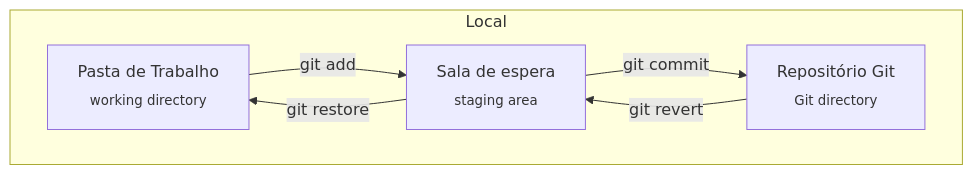
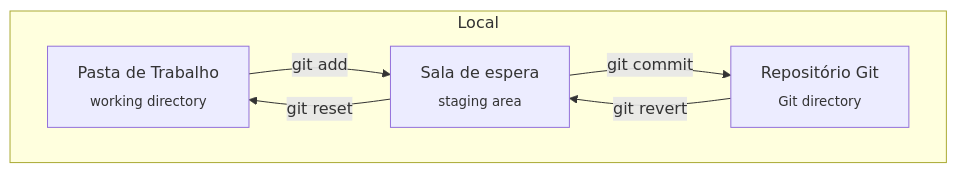
Before and after one commit to yxuo/learning: the diagram in git/courses/rbtech/lessons/lang/pt/lesson-2.pt.md, drawn with Mermaid. The commit also changed other lines of this file and 3 other files, not shown here.

````diff
--- a/git/courses/rbtech/lessons/lang/pt/lesson-2.pt.md
+++ b/git/courses/rbtech/lessons/lang/pt/lesson-2.pt.md
@@ -519,13 +523,13 @@
 ```mermaid
 flowchart
     subgraph Local [Local]
-        workdir["Pasta de Trabalho<br><sub>working directory<sub/>"]
-        stage["Sala de espera<br><sub>staging area<sub/>"]
-        Local_repo["Repositório Git<br><sub>Git directory<sub/>"]
+        workdir["Pasta de Trabalho<br><sub>working directory</sub>"]
+        stage["Sala de espera<br><sub>staging area</sub>"]
+        Local_repo["Repositório Git<br><sub>Git directory</sub>"]
 
         workdir --> |"git add"| stage
-        stage --> |"git restore"| workdir
+        stage --> |"git reset"| workdir
         stage --> |git commit| Local_repo
         Local_repo --> |git revert| stage
     end
 ```
````
